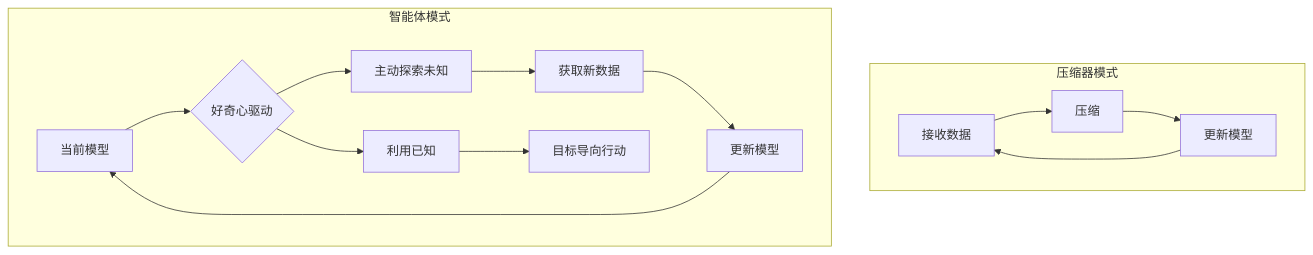
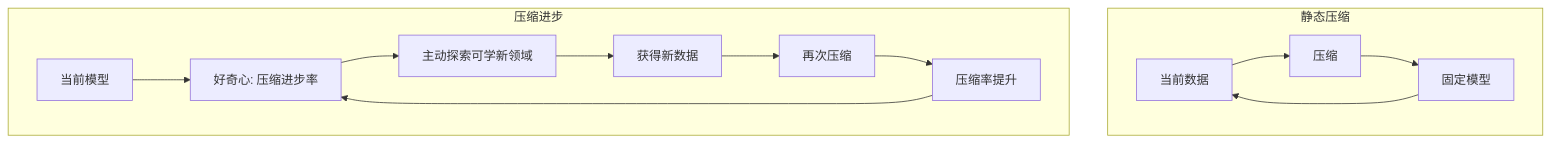
One commit to farmost-beep/claude changed the third of 3 diagrams in deliverables/压缩即智能_公众号文章.md. Above: the diagram before and after it, drawn with Mermaid. The commit also changed other lines of this file, not shown here.

````diff
--- a/deliverables/压缩即智能_公众号文章.md
+++ b/deliverables/压缩即智能_公众号文章.md
@@ -258,16 +278,15 @@
 ```mermaid
 graph TB
-    subgraph 压缩器模式
-        A[接收数据] --> B[压缩] --> C[更新模型]
-        C --> A
+    subgraph 静态压缩
+        A1[当前数据] --> B1[压缩] --> C1[固定模型]
+        C1 --> A1
     end
-    subgraph 智能体模式
-        D[当前模型] --> E{好奇心驱动}
-        E --> F[主动探索未知]
-        F --> G[获取新数据]
-        G --> H[更新模型]
-        H --> D
-        E --> I[利用已知]
-        I --> J[目标导向行动]
+    subgraph 压缩进步
+        A2[当前模型] --> B2[好奇心: 压缩进步率]
+        B2 --> C2[主动探索可学新领域]
+        C2 --> D2[获得新数据]
+        D2 --> E2[再次压缩]
+        E2 --> F2[压缩率提升]
+        F2 --> B2
     end
 ```
````
